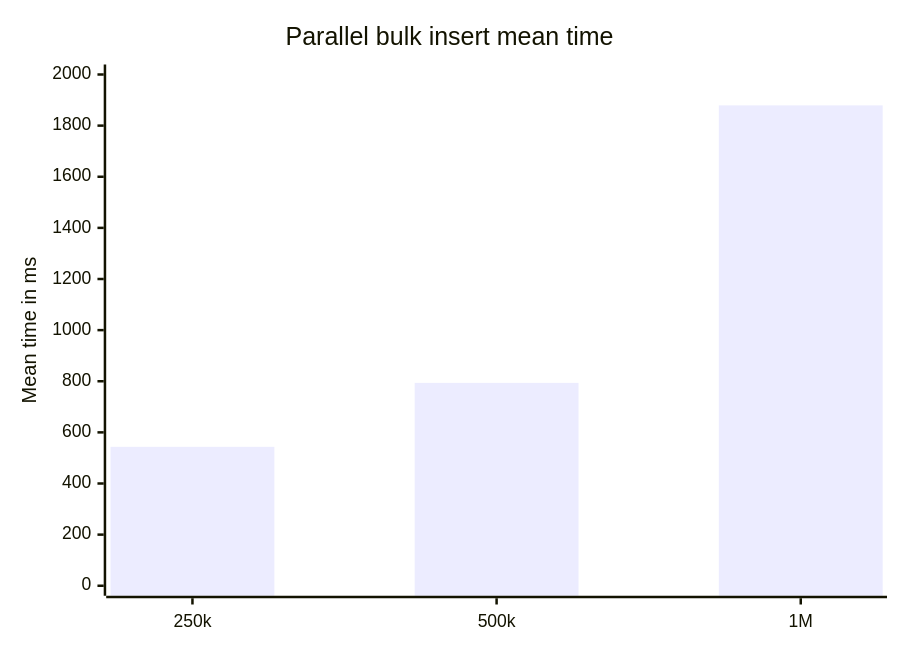
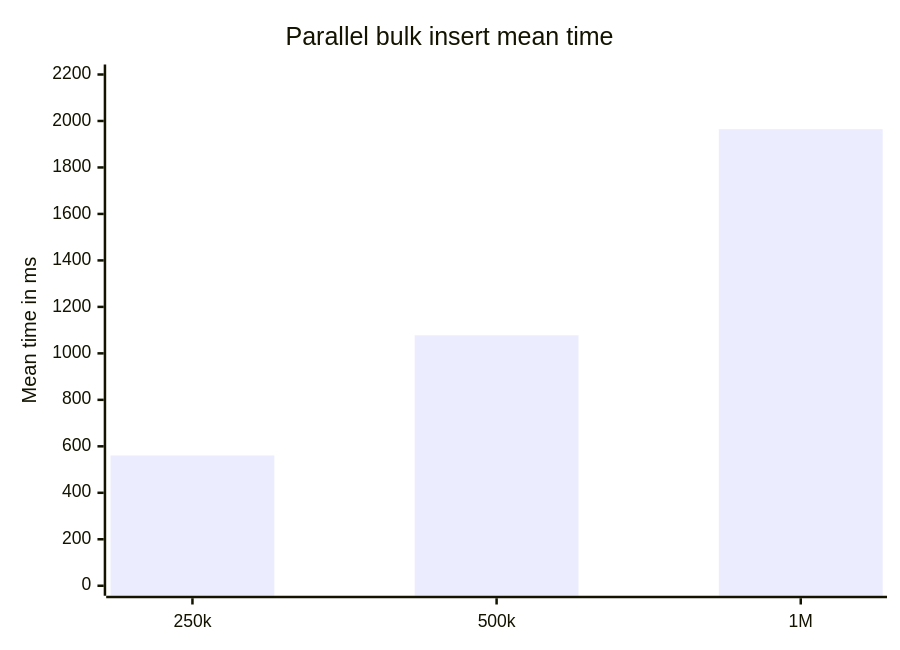
One commit to SolidArcSoftware/DataArc.EntityFrameworkCore changed the third of 4 diagrams in README.md. Above: the diagram before and after it, drawn with Mermaid. The commit also changed other lines of this file and 10 other files, not shown here.

````diff
--- a/README.md
+++ b/README.md
@@ -771,7 +978,7 @@
 ```mermaid
 xychart-beta
     title "Parallel bulk insert mean time"
     x-axis ["250k", "500k", "1M"]
-    y-axis "Mean time in ms" 0 --> 2000
-    bar [543.5, 793.7, 1879.3]
+    y-axis "Mean time in ms" 0 --> 2200
+    bar [560.5, 1077.9, 1964.6]
 ```
````
